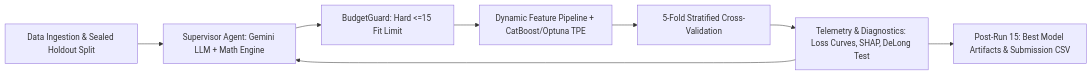
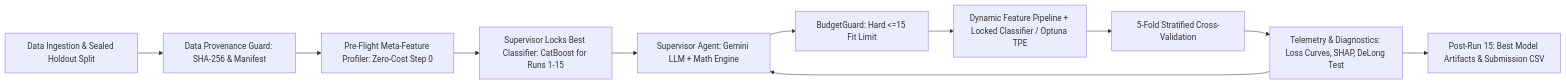
One commit to uday0214/IOTAxEngimaHackathon changed the diagram in docs/ARCHITECTURE.md. Above: the diagram before and after it, drawn with Mermaid. The commit also changed other lines of this file and 1 other file, not shown here.

Commit message:
Added: Dataset Validation & updated ARCHITECTURE.md, TECHNICAL.md

````diff
--- a/docs/ARCHITECTURE.md
+++ b/docs/ARCHITECTURE.md
@@ -9,10 +9,13 @@
 ```mermaid
 flowchart LR
-    A[Data Ingestion & Sealed Holdout Split] --> B[Supervisor Agent: Gemini LLM + Math Engine]
+    A[Data Ingestion & Sealed Holdout Split] --> V[Data Provenance Guard: SHA-256 & Manifest]
+    V --> P[Pre-Flight Meta-Feature Profiler: Zero-Cost Step 0]
+    P --> L[Supervisor Locks Best Classifier: CatBoost for Runs 1-15]
+    L --> B[Supervisor Agent: Gemini LLM + Math Engine]
     B --> C[BudgetGuard: Hard <=15 Fit Limit]
-    C --> D[Dynamic Feature Pipeline + CatBoost/Optuna TPE]
+    C --> D[Dynamic Feature Pipeline + Locked Classifier / Optuna TPE]
     D --> E[5-Fold Stratified Cross-Validation]
     E --> F[Telemetry & Diagnostics: Loss Curves, SHAP, DeLong Test]
     F --> B
     F --> G[Post-Run 15: Best Model Artifacts & Submission CSV]
 ```
````
